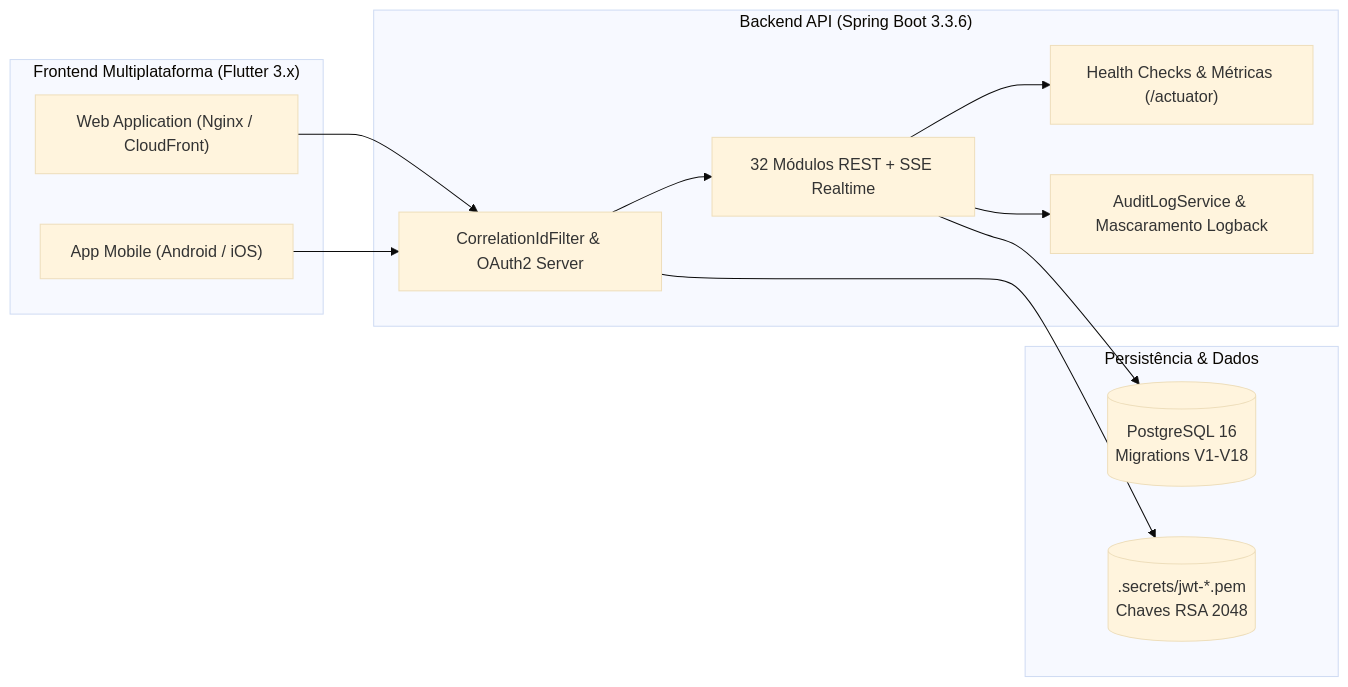
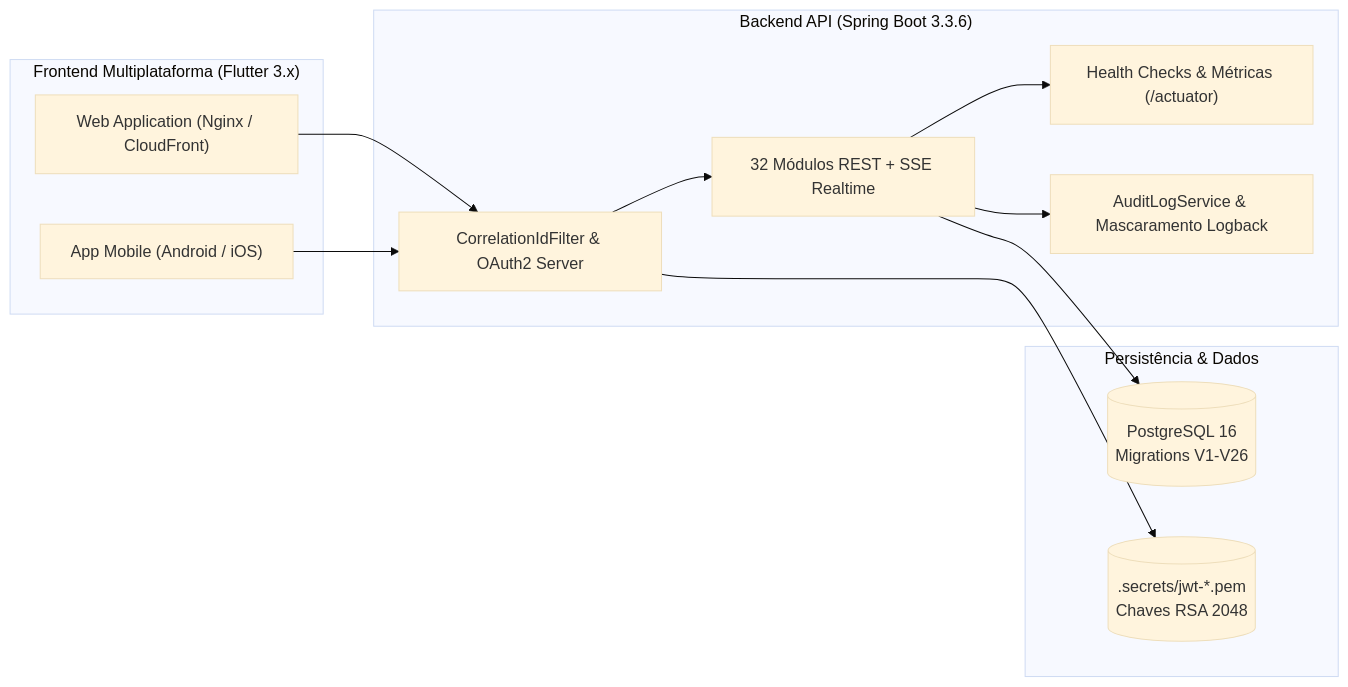
Before and after one commit to samuelbueno123/projeto-final: the diagram in README.md, drawn with Mermaid (base theme). The commit also changed other lines of this file and 97 other files, not shown here.

````diff
--- a/README.md
+++ b/README.md
@@ -19,26 +18,26 @@
 ```mermaid
 flowchart LR
     subgraph Frontend["Frontend Multiplataforma (Flutter 3.x)"]
         Web["Web Application (Nginx / CloudFront)"]
         App["App Mobile (Android / iOS)"]
     end
 
     subgraph Backend["Backend API (Spring Boot 3.3.6)"]
         Gateway["CorrelationIdFilter & OAuth2 Server"]
         Core["32 Módulos REST + SSE Realtime"]
         Obs["Health Checks & Métricas (/actuator)"]
         Audit["AuditLogService & Mascaramento Logback"]
         Gateway --> Core --> Obs
         Core --> Audit
     end
 
     subgraph Persistence["Persistência & Dados"]
-        DB[(PostgreSQL 16\nMigrations V1-V18)]
+        DB[(PostgreSQL 16\nMigrations V1-V26)]
         Keys[(".secrets/jwt-*.pem\nChaves RSA 2048")]
     end
 
     Web --> Gateway
     App --> Gateway
     Core --> DB
     Gateway --> Keys
 ```
````
